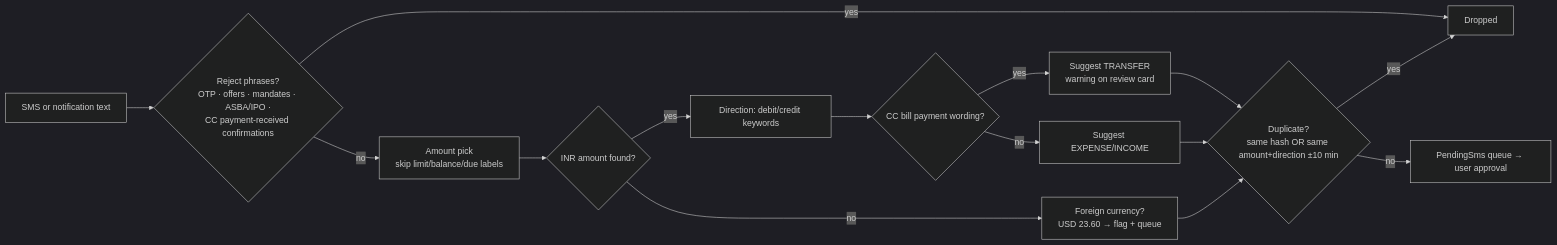
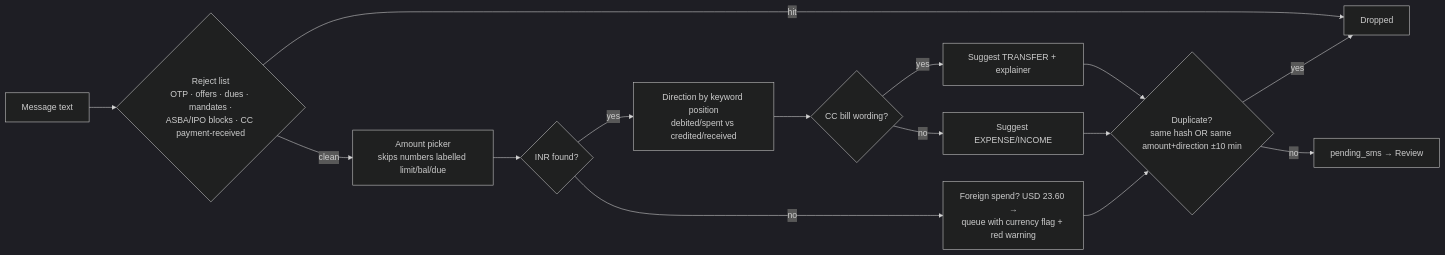
One commit to maheshwarineeraj/KoshApp changed the second of 3 diagrams in docs/DESIGN.md. Above: the diagram before and after it, drawn with Mermaid (dark theme). The commit also changed other lines of this file, not shown here.

````diff
--- a/docs/DESIGN.md
+++ b/docs/DESIGN.md
@@ -64,17 +75,14 @@
 ```mermaid
 flowchart LR
-    A[SMS or notification text] --> B{Reject phrases?<br/>OTP · offers · mandates · ASBA/IPO ·<br/>CC payment-received confirmations}
-    B -- yes --> X[Dropped]
-    B -- no --> C[Amount pick<br/>skip limit/balance/due labels]
-    C --> D{INR amount found?}
-    D -- no --> E[Foreign currency?<br/>USD 23.60 → flag + queue]
-    D -- yes --> F[Direction: debit/credit keywords]
-    F --> G{CC bill payment wording?}
-    G -- yes --> H[Suggest TRANSFER<br/>warning on review card]
+    A[Message text] --> B{Reject list<br/>OTP · offers · dues · mandates ·<br/>ASBA/IPO blocks · CC payment-received}
+    B -- hit --> X[Dropped]
+    B -- clean --> C[Amount picker<br/>skips numbers labelled limit/bal/due]
+    C --> D{INR found?}
+    D -- no --> E[Foreign spend? USD 23.60 →<br/>queue with currency flag + red warning]
+    D -- yes --> F[Direction by keyword position<br/>debited/spent vs credited/received]
+    F --> G{CC bill wording?} -- yes --> H[Suggest TRANSFER + explainer]
     G -- no --> I[Suggest EXPENSE/INCOME]
-    H --> J{Duplicate?<br/>same hash OR same amount+direction ±10 min}
-    I --> J
-    E --> J
+    H & I & E --> J{Duplicate?<br/>same hash OR same amount+direction ±10 min}
     J -- yes --> X
-    J -- no --> K[PendingSms queue → user approval]
+    J -- no --> K[pending_sms → Review]
 ```
````
